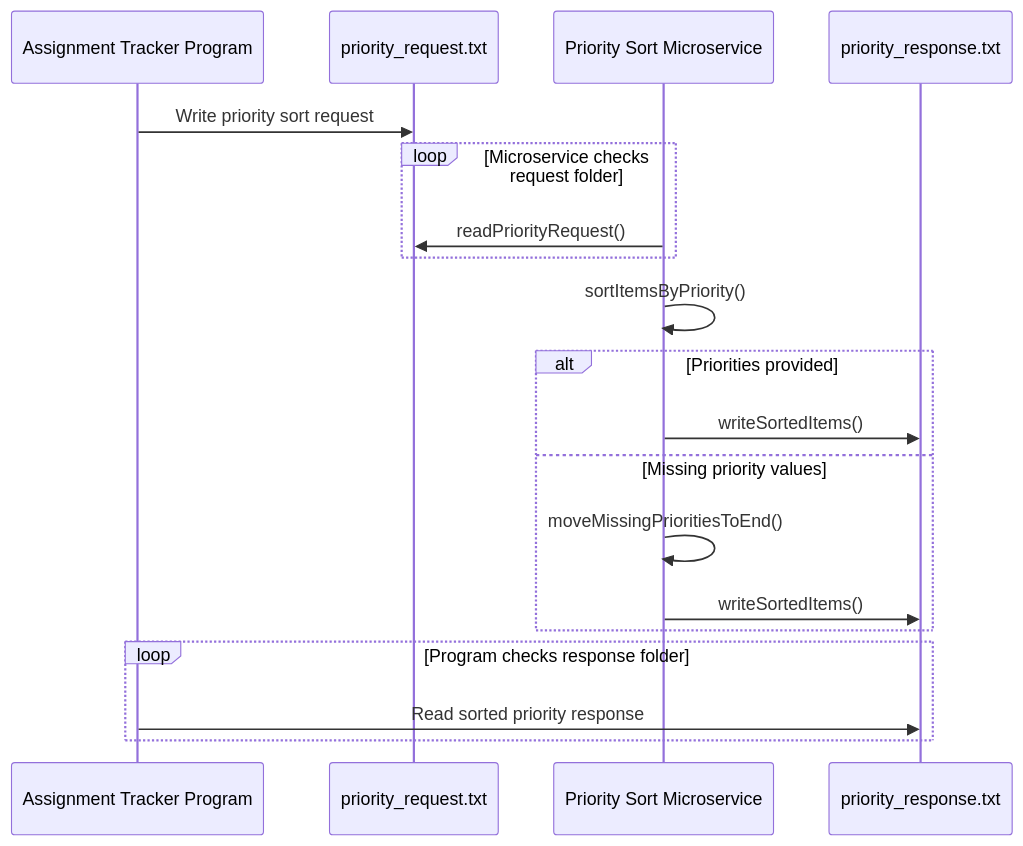
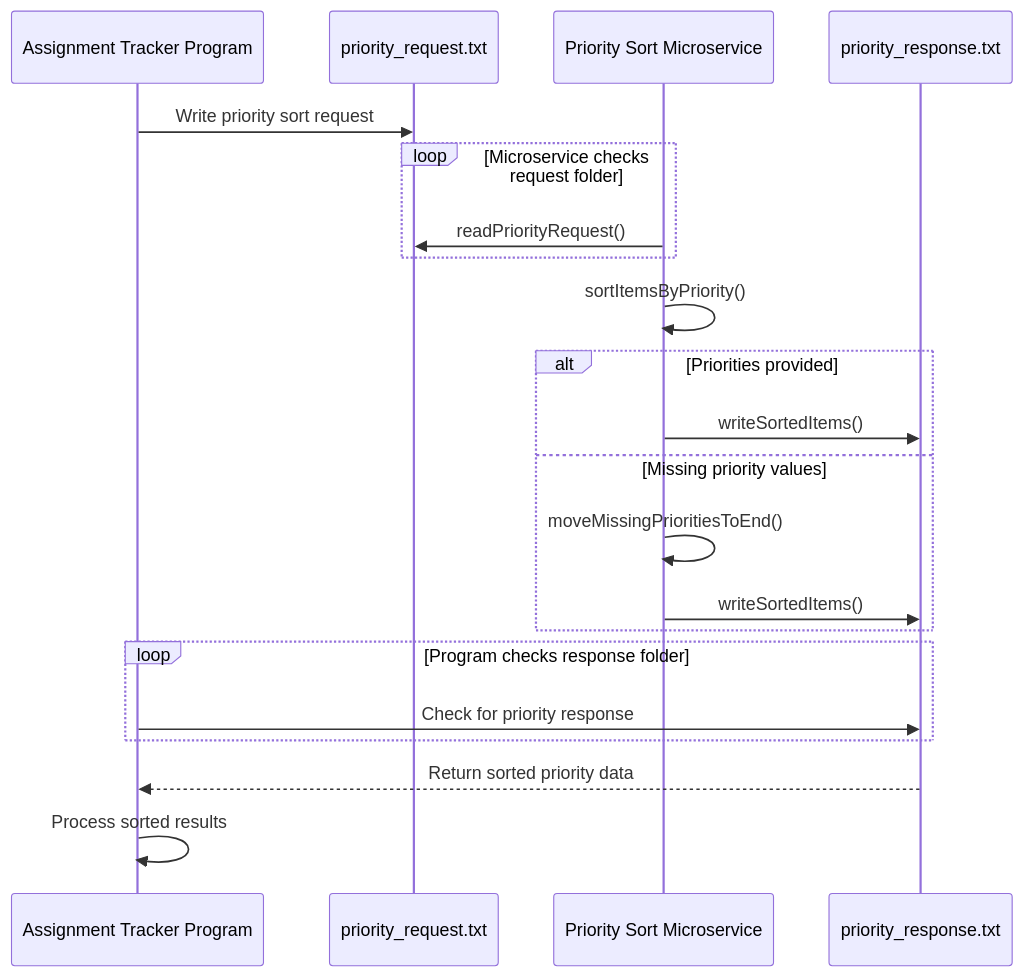
One commit to olbock/priority-sort-microservice changed the diagram in priority-sort-microservice/README.md. Above: the diagram before and after it, drawn with Mermaid.

Commit message:
Fix UML response arrows

````diff
--- a/priority-sort-microservice/README.md
+++ b/priority-sort-microservice/README.md
@@ -84,22 +84,30 @@
 ```mermaid
 sequenceDiagram
     participant Main as Assignment Tracker Program
     participant Req as priority_request.txt
     participant MS as Priority Sort Microservice
     participant Res as priority_response.txt
 
     Main->>Req: Write priority sort request
+
     loop Microservice checks request folder
         MS->>Req: readPriorityRequest()
     end
+
     MS->>MS: sortItemsByPriority()
+
     alt Priorities provided
         MS->>Res: writeSortedItems()
     else Missing priority values
         MS->>MS: moveMissingPrioritiesToEnd()
         MS->>Res: writeSortedItems()
     end
+
     loop Program checks response folder
-        Main->>Res: Read sorted priority response
+        Main->>Res: Check for priority response
     end
+
+    Res-->>Main: Return sorted priority data
+
+    Main->>Main: Process sorted results
 ```
````
